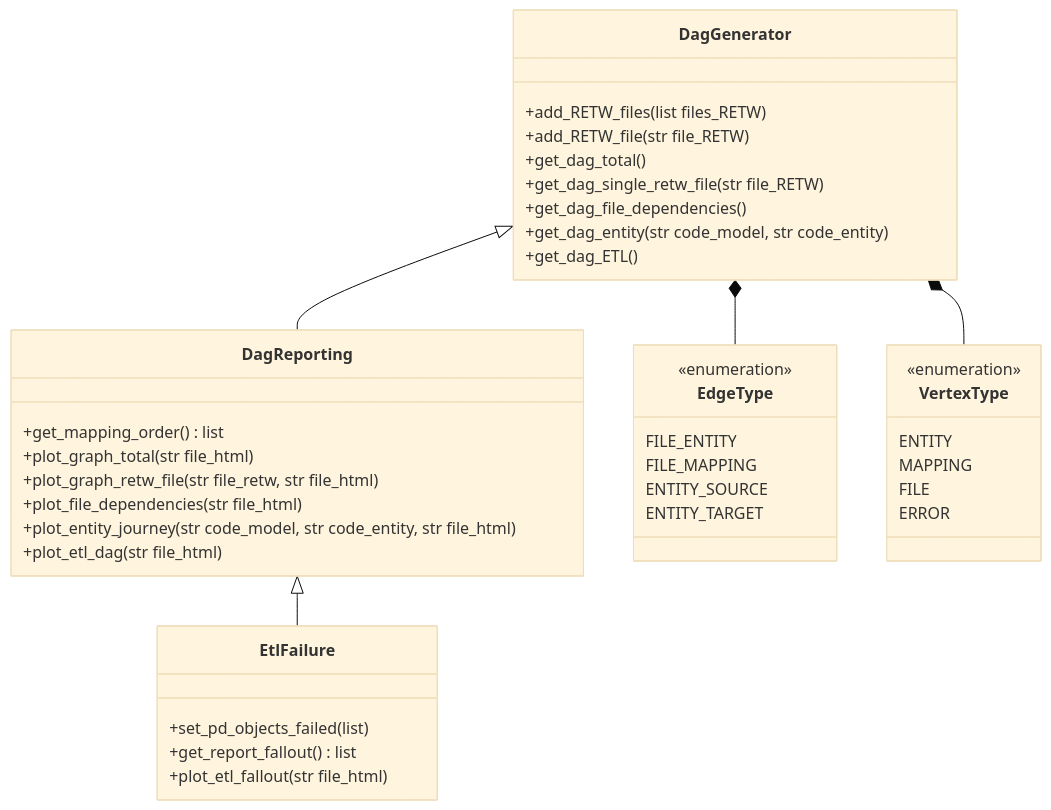
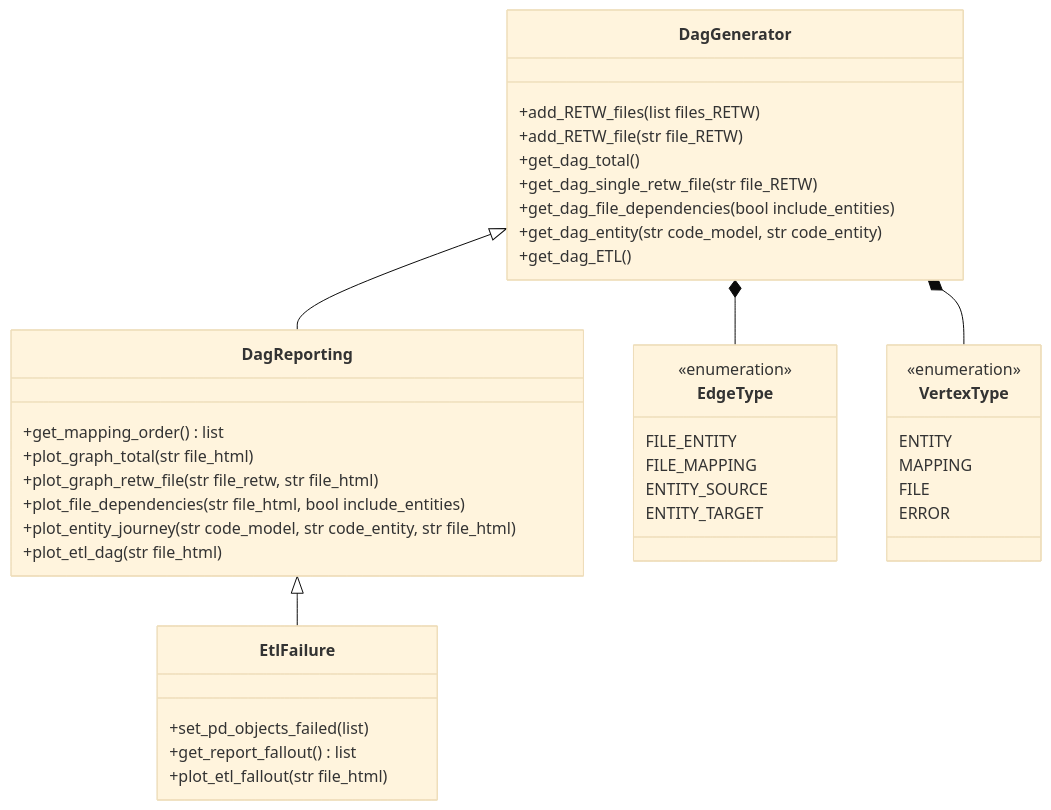
One commit to mark-me/mapping-dependencies changed the third of 3 diagrams in README.md. Above: the diagram before and after it, drawn with Mermaid (base theme).

Commit message:
Added parameters to file dependency functions

````diff
--- a/README.md
+++ b/README.md
@@ -103,49 +103,49 @@
 ```mermaid
 ---
   config:
     class:
       hideEmptyMembersBox: true
 ---
 classDiagram
   DagGenerator <|-- DagReporting
   DagReporting <|-- EtlFailure
   DagGenerator *-- EdgeType
   DagGenerator *-- VertexType
 
   class VertexType{
     <<enumeration>>
     ENTITY
     MAPPING
     FILE
     ERROR
   }
   class EdgeType{
     <<enumeration>>
     FILE_ENTITY
     FILE_MAPPING
     ENTITY_SOURCE
     ENTITY_TARGET
   }
   class DagGenerator{
     +add_RETW_files(list files_RETW)
     +add_RETW_file(str file_RETW)
     +get_dag_total()
     +get_dag_single_retw_file(str file_RETW)
-    +get_dag_file_dependencies()
+    +get_dag_file_dependencies(bool include_entities)
     +get_dag_entity(str code_model, str code_entity)
     +get_dag_ETL()
   }
   class DagReporting{
     +get_mapping_order() list
     +plot_graph_total(str file_html)
     +plot_graph_retw_file(str file_retw, str file_html)
-    +plot_file_dependencies(str file_html)
+    +plot_file_dependencies(str file_html, bool include_entities)
     +plot_entity_journey(str code_model, str code_entity, str file_html)
     +plot_etl_dag(str file_html)
   }
   class EtlFailure{
     +set_pd_objects_failed(list)
     +get_report_fallout() list
     +plot_etl_fallout(str file_html)
   }
 ```
````
